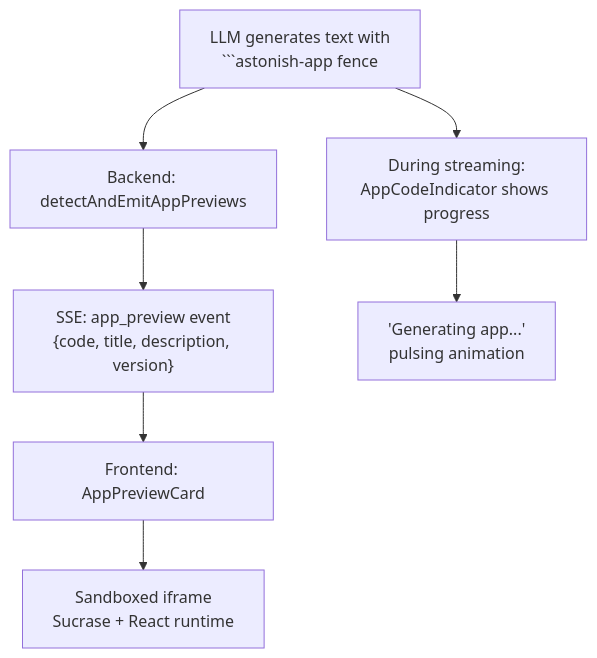
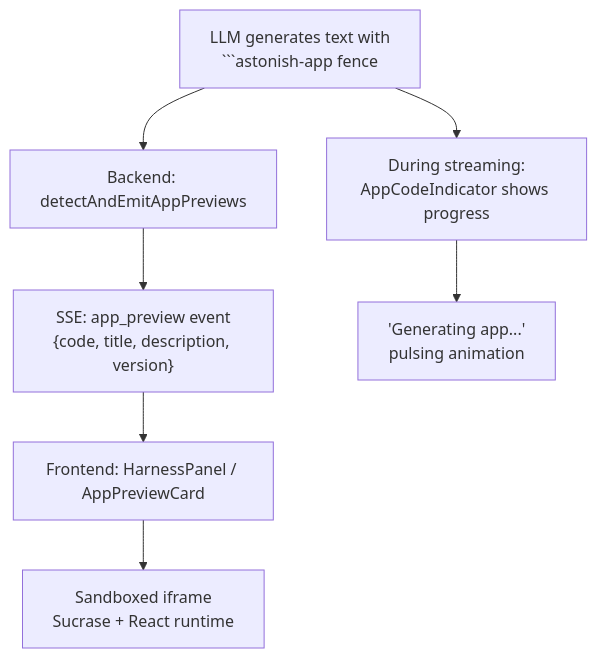
Before and after one commit to schardosin/astonish: the sixth of 8 diagrams in docs/architecture/chat-rendering-pipeline.md, drawn with Mermaid. The commit also changed other lines of this file and 28 other files, not shown here.

First line of the commit message:
Add chat harness panel, tutorial blueprint gate, and core ffmpeg (#329)

````diff
--- a/docs/architecture/chat-rendering-pipeline.md
+++ b/docs/architecture/chat-rendering-pipeline.md
@@ -321,10 +321,10 @@
 ```mermaid
 graph TD
     A["LLM generates text with<br/>```astonish-app fence"] --> B[Backend: detectAndEmitAppPreviews]
     B --> C["SSE: app_preview event<br/>{code, title, description, version}"]
-    C --> D[Frontend: AppPreviewCard]
+    C --> D[Frontend: HarnessPanel / AppPreviewCard]
     D --> E[Sandboxed iframe<br/>Sucrase + React runtime]
 
     A --> F["During streaming:<br/>AppCodeIndicator shows progress"]
     F --> G["'Generating app...'<br/>pulsing animation"]
 ```
````
